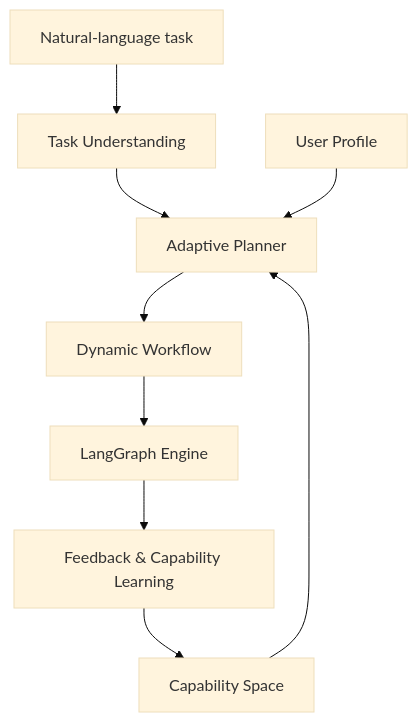
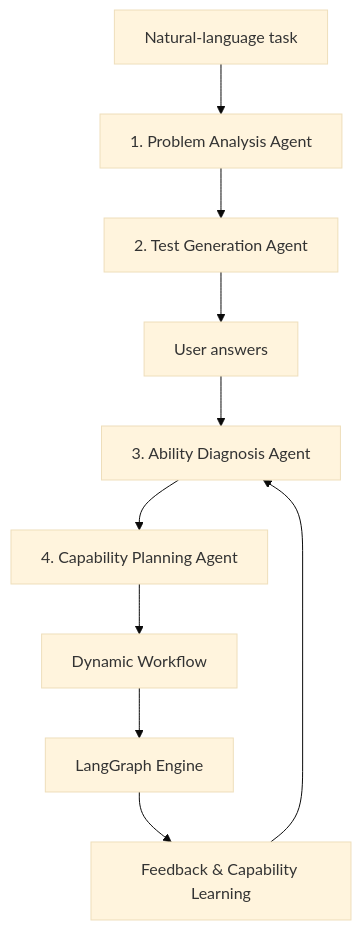
One commit to PhilrainV/Adaptive-AGES changed the diagram in docs/ARCHITECTURE.md. Above: the diagram before and after it, drawn with Mermaid (base theme). The commit also changed other lines of this file and 16 other files, not shown here.

First line of the commit message:
Add assessment-first capability-aware planning

````diff
--- a/docs/ARCHITECTURE.md
+++ b/docs/ARCHITECTURE.md
@@ -7,11 +7,12 @@
 ```mermaid
 flowchart TD
-  U["Natural-language task"] --> T["Task Understanding"]
-  T --> P["Adaptive Planner"]
-  C["Capability Space"] --> P
-  X["User Profile"] --> P
-  P --> G["Dynamic Workflow"]
+  U["Natural-language task"] --> A1["1. Problem Analysis Agent"]
+  A1 --> A2["2. Test Generation Agent"]
+  A2 --> Q["User answers"]
+  Q --> A3["3. Ability Diagnosis Agent"]
+  A3 --> A4["4. Capability Planning Agent"]
+  A4 --> G["Dynamic Workflow"]
   G --> E["LangGraph Engine"]
   E --> F["Feedback & Capability Learning"]
-  F --> C
+  F --> A3
 ```
````
